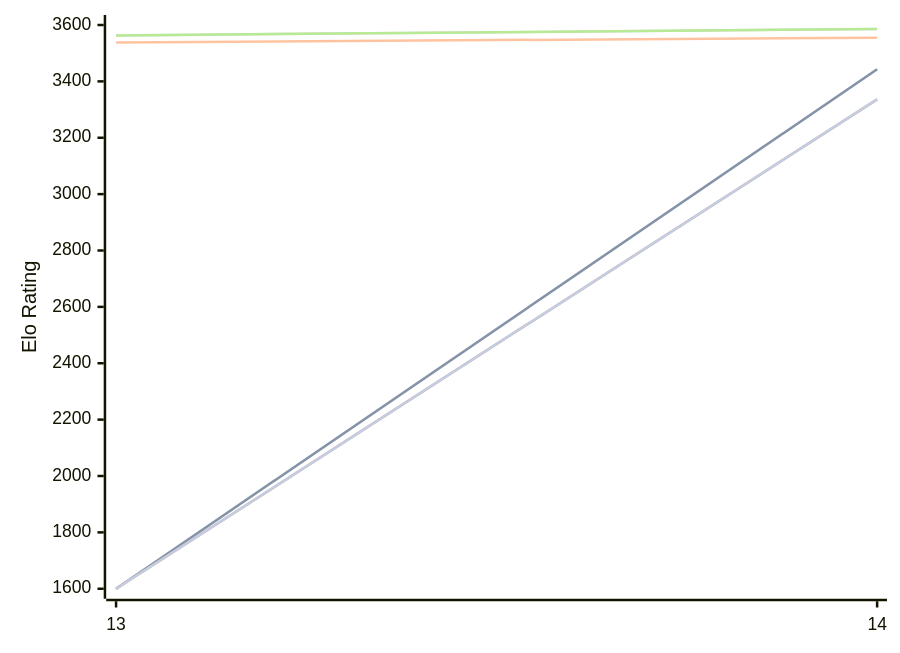
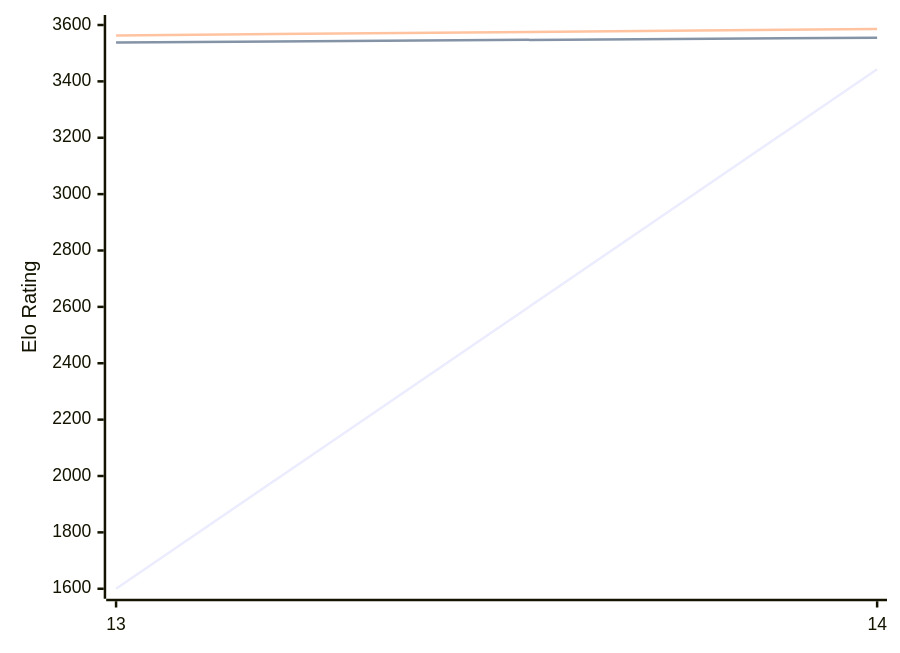
One commit to computer-chess-index/cci changed the diagram in engines/Berserk.md. Above: the diagram before and after it, drawn with Mermaid. The commit also changed other lines of this file, not shown here.

````diff
--- a/engines/Berserk.md
+++ b/engines/Berserk.md
@@ -48,13 +48,9 @@
 ```mermaid
 %%{init: {"theme":"base","themeVariables":{"seriesColors:['#a3a3a3','#222221','#faa371']}}}%%
 xychart-beta
   x-axis ["13", "14"]
   y-axis "Elo Rating" 1600 --> 3600
-  line "" [1600, 3443]
   line "T1: STC (8.0+0.08s)" [1600, 3443]
   line "T1: LTC (60.0+0.60s)" [3538, 3555]
-  line "" [3563, 3586]
   line "T1: VLTC (2m24s+1.12s)" [3563, 3586]
-  line "" [1600,3336]
-  line "E1: STC (8.0+0.08s)" [1600,3336]
 ```
````
